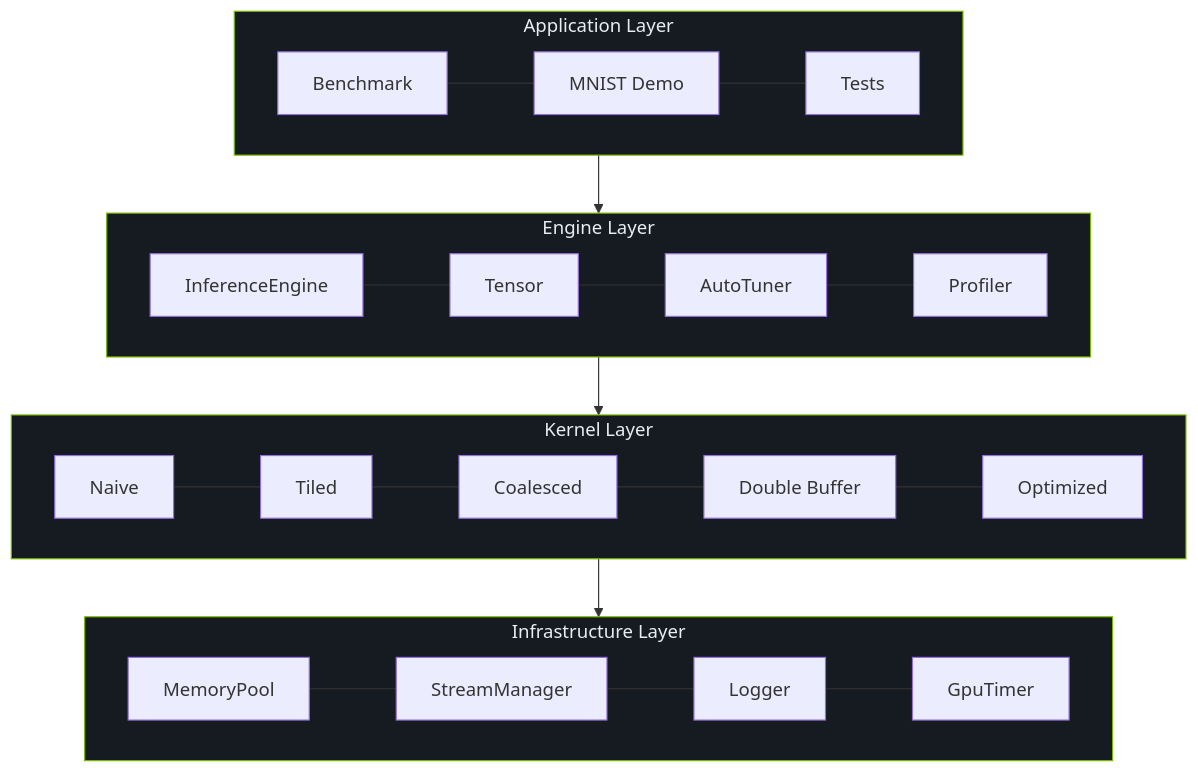
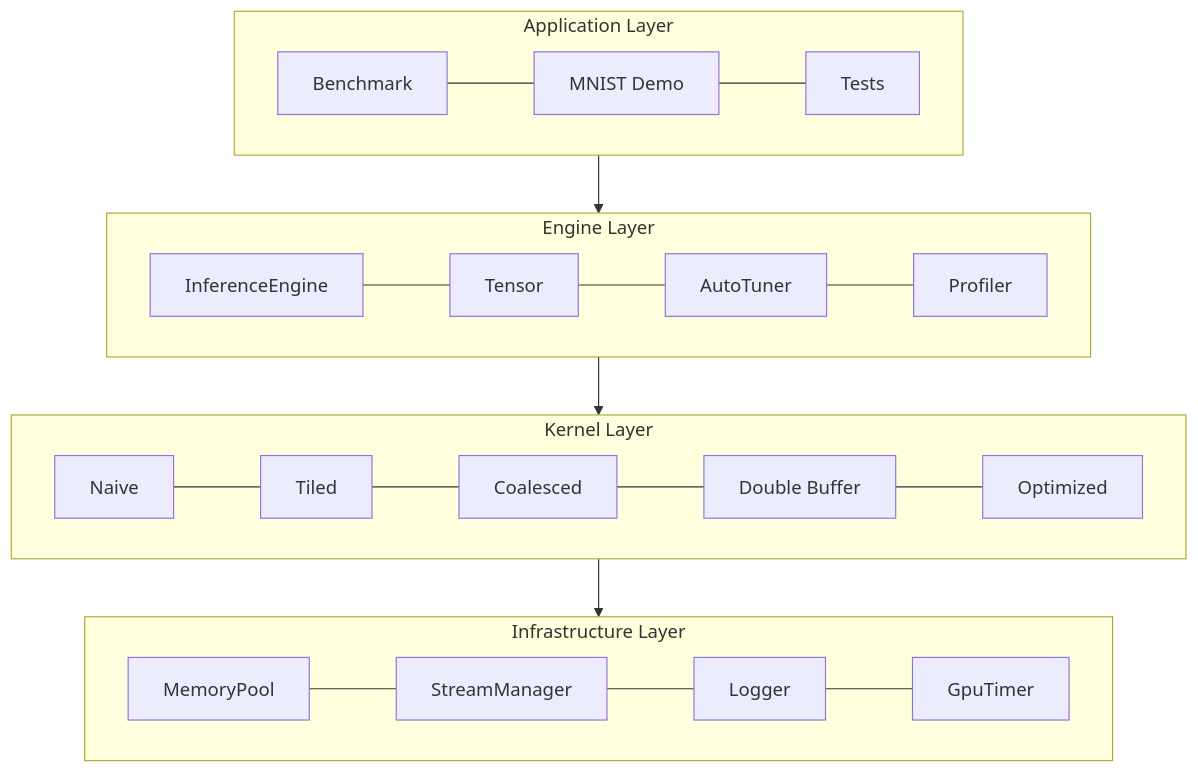
Before and after one commit to LessUp/cuda-kernel-academy: the diagram in docs/en/modules/04/architecture.md, drawn with Mermaid. The commit also changed 45 other files, not shown here.

````diff
--- a/docs/en/modules/04/architecture.md
+++ b/docs/en/modules/04/architecture.md
@@ -11,25 +11,21 @@
 ```mermaid
 flowchart TB
     subgraph App["Application Layer"]
         Benchmark["Benchmark"] --- MNIST["MNIST Demo"] --- Tests["Tests"]
     end
 
     subgraph Engine["Engine Layer"]
         IE["InferenceEngine"] --- Tensor["Tensor"] --- AutoTuner["AutoTuner"] --- Profiler["Profiler"]
     end
 
     subgraph Kernel["Kernel Layer"]
         N["Naive"] --- T["Tiled"] --- C["Coalesced"] --- D["Double Buffer"] --- O["Optimized"]
     end
 
     subgraph Infra["Infrastructure Layer"]
         MP["MemoryPool"] --- SM["StreamManager"] --- Logger["Logger"] --- Timer["GpuTimer"]
     end
 
     App --> Engine --> Kernel --> Infra
 
-    style App fill:#161b22,stroke:#76B900,color:#e6edf3
-    style Engine fill:#161b22,stroke:#76B900,color:#e6edf3
-    style Kernel fill:#161b22,stroke:#76B900,color:#e6edf3
-    style Infra fill:#161b22,stroke:#76B900,color:#e6edf3
 ```
````
